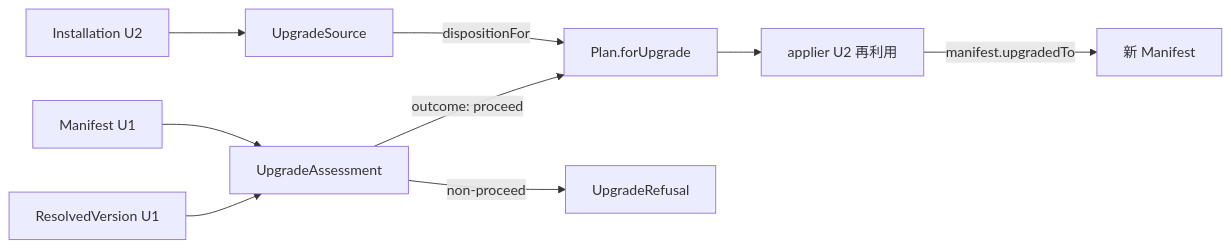
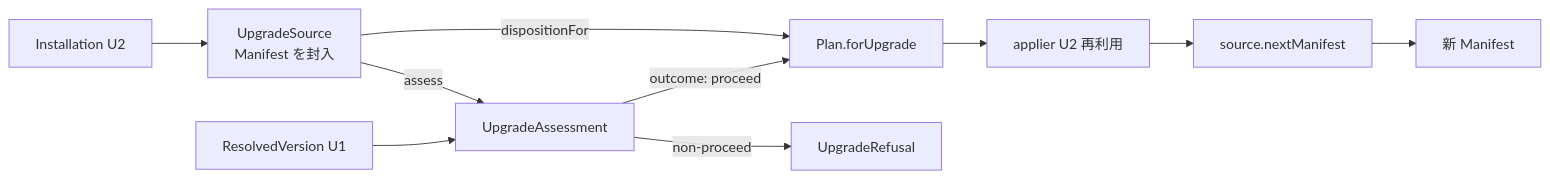
The diagram in amadeus/spaces/default/intents/260708-installer-distribution/construction/upgrade-flow/functional-design/domain-entities.md (amadeus-dlc/amadeus), drawn with Mermaid before and after one commit. The commit also changed other lines of this file and 6 other files, not shown here.

````diff
--- a/amadeus/spaces/default/intents/260708-installer-distribution/construction/upgrade-flow/functional-design/domain-entities.md
+++ b/amadeus/spaces/default/intents/260708-installer-distribution/construction/upgrade-flow/functional-design/domain-entities.md
@@ -115,11 +117,12 @@
 ```mermaid
 flowchart LR
-  INST[Installation U2] --> US[UpgradeSource]
-  US -->|dispositionFor| PLN[Plan.forUpgrade]
-  MF[Manifest U1] --> UA[UpgradeAssessment]
+  INST[Installation U2] --> US[UpgradeSource<br/>Manifest を封入]
   RV[ResolvedVersion U1] --> UA
-  UA -->|outcome: proceed| PLN
+  US -->|assess| UA[UpgradeAssessment]
+  UA -->|outcome: proceed| PLN[Plan.forUpgrade]
   UA -->|non-proceed| REF[UpgradeRefusal]
+  US -->|dispositionFor| PLN
   PLN --> APL[applier U2 再利用]
-  APL -->|manifest.upgradedTo| MF2[新 Manifest]
+  APL --> US2[source.nextManifest]
+  US2 --> MF2[新 Manifest]
 ```
````
